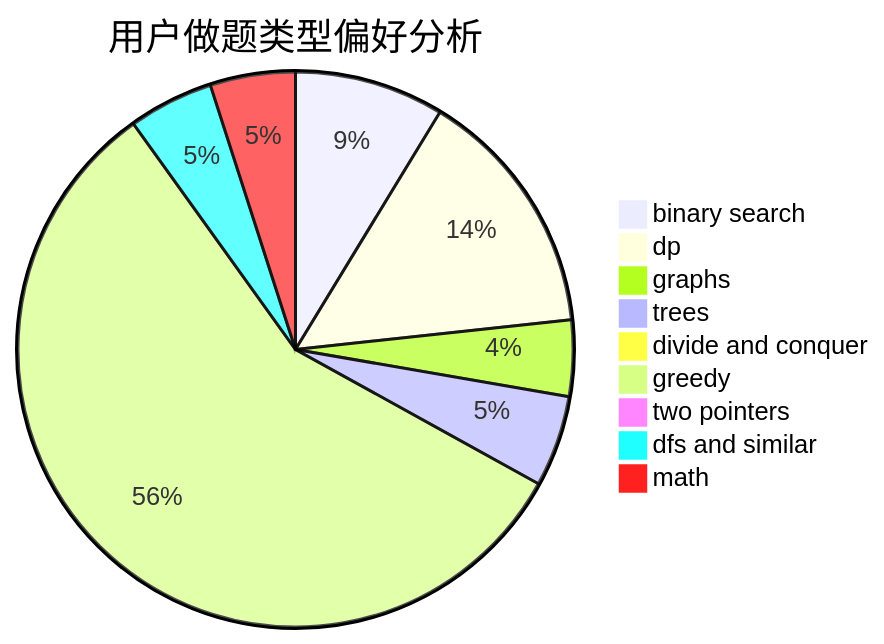
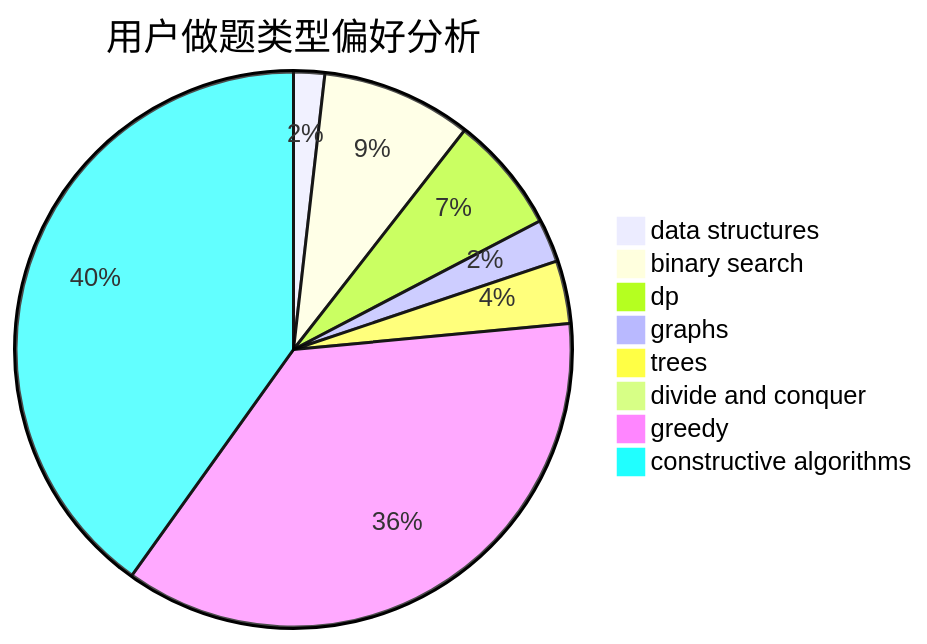
The second of 3 diagrams in docs/user/u1510.md (sherpahu/cfrs.github.io), drawn with Mermaid before and after one commit. The commit also changed other lines of this file and 2775 other files, not shown here.

````diff
--- a/docs/user/u1510.md
+++ b/docs/user/u1510.md
@@ -23,12 +23,11 @@
 ```mermaid
 pie title 用户做题类型偏好分析
-    "binary search" :  216
-    "dp" :  362
-    "graphs" :  110
-    "trees" :  132
+    "data structures" :  42
+    "binary search" :  203
+    "dp" :  158
+    "graphs" :  58
+    "trees" :  85
     "divide and conquer" :  12
-    "greedy" :  1416
-    "two pointers" :  14
-    "dfs and similar" :  123
-    "math" :  123
+    "greedy" :  845
+    "constructive algorithms" :  932
 ```
````
